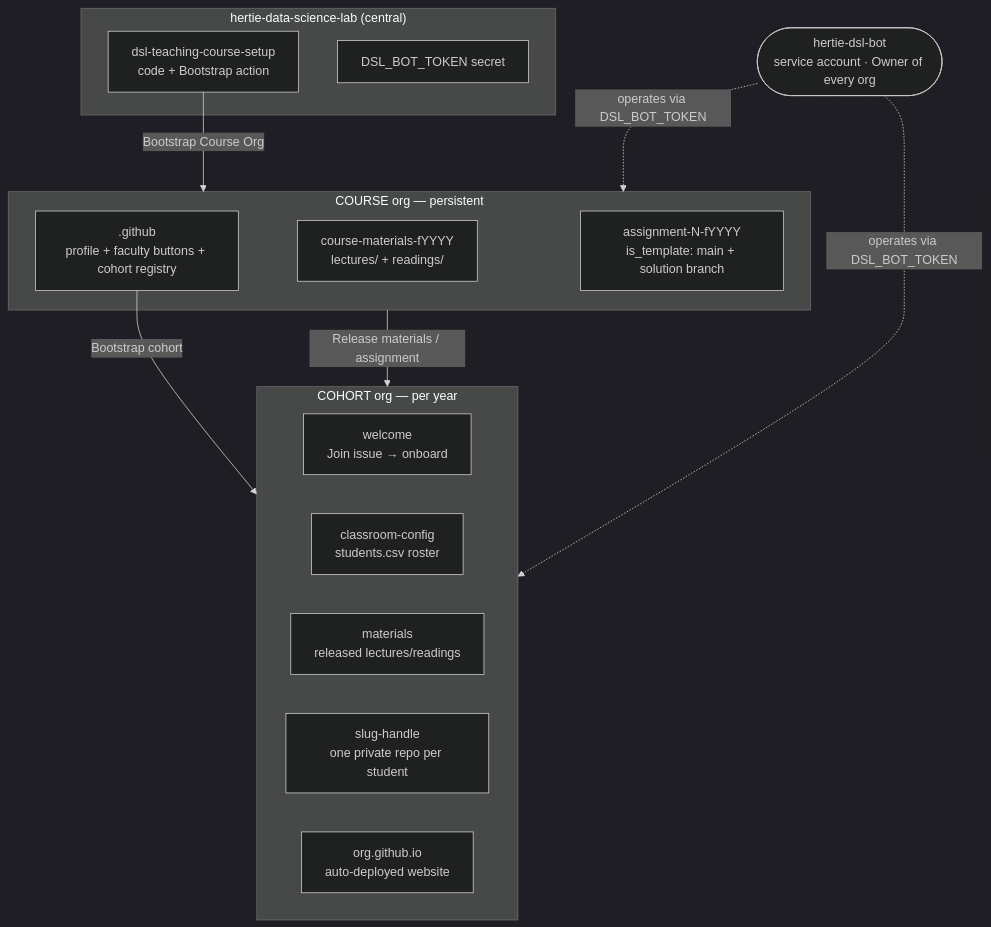
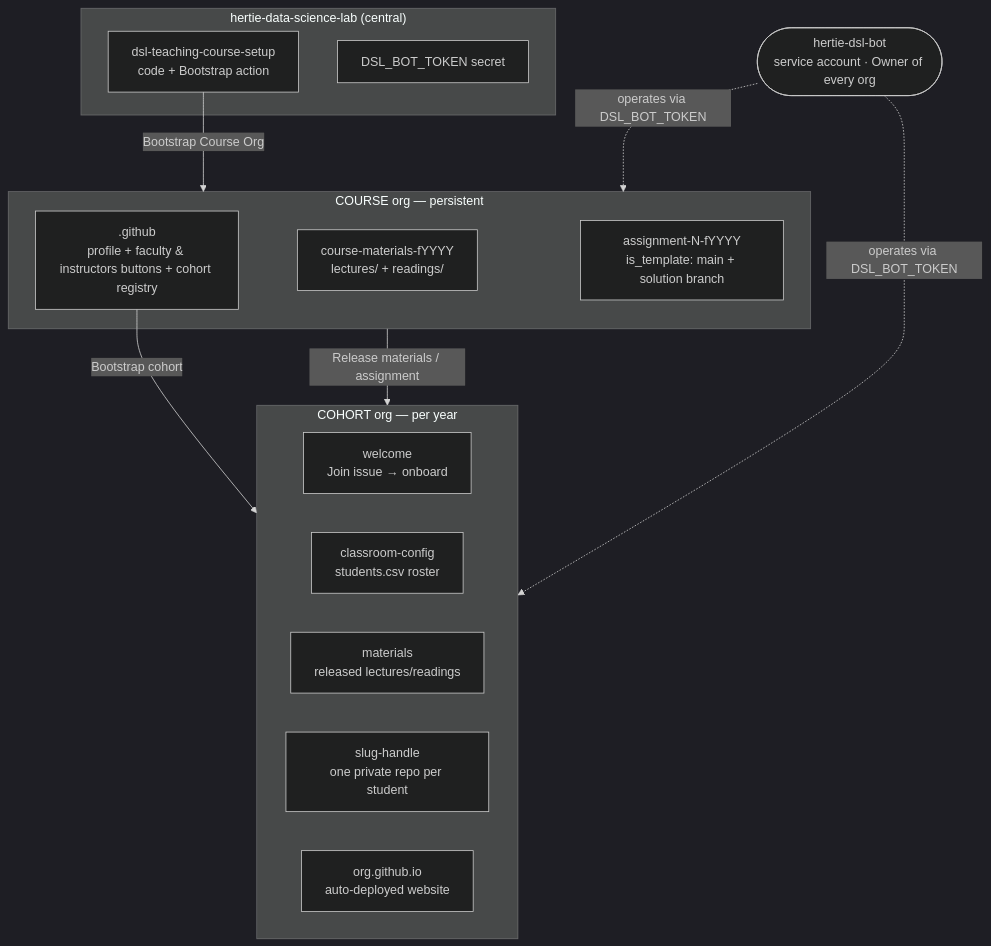
One commit to hertie-data-science-lab/dsl-teaching-course-setup changed the first of 10 diagrams in docs/admin/architecture.md. Above: the diagram before and after it, drawn with Mermaid (dark theme). The commit also changed other lines of this file and 37 other files, not shown here.

First line of the commit message:
feat(scaffold): enrich materials README/MAINTAINING, 1-base sessions, faculty & instructors term (#85)

````diff
--- a/docs/admin/architecture.md
+++ b/docs/admin/architecture.md
@@ -24,25 +24,25 @@
 ```mermaid
 flowchart TB
   subgraph central["hertie-data-science-lab (central)"]
     repo["dsl-teaching-course-setup<br/>code + Bootstrap action"]
     sec["DSL_BOT_TOKEN secret"]
   end
   bot(["hertie-dsl-bot<br/>service account · Owner of every org"])
   subgraph course["COURSE org — persistent"]
-    cg[".github<br/>profile + faculty buttons + cohort registry"]
+    cg[".github<br/>profile + faculty & instructors buttons + cohort registry"]
     mat["course-materials-fYYYY<br/>lectures/ + readings/"]
     asg["assignment-N-fYYYY<br/>is_template: main + solution branch"]
   end
   subgraph cohort["COHORT org — per year"]
     wel["welcome<br/>Join issue → onboard"]
     ros["classroom-config<br/>students.csv roster"]
     cmat["materials<br/>released lectures/readings"]
     stu["slug-handle<br/>one private repo per student"]
     site["org.github.io<br/>auto-deployed website"]
   end
   repo -->|"Bootstrap Course Org"| course
   cg -->|"Bootstrap cohort"| cohort
   course -->|"Release materials / assignment"| cohort
   bot -.->|"operates via DSL_BOT_TOKEN"| course
   bot -.->|"operates via DSL_BOT_TOKEN"| cohort
 ```
````
